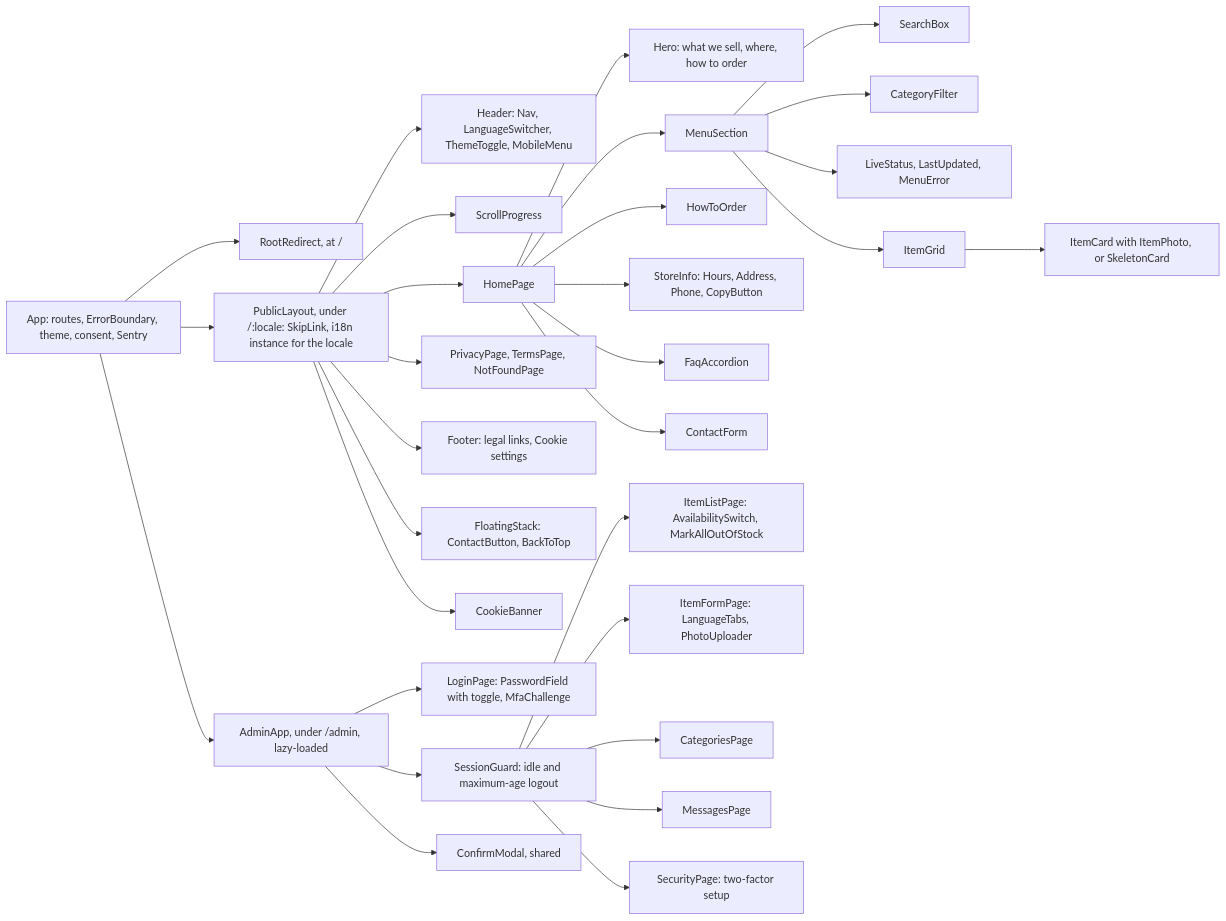
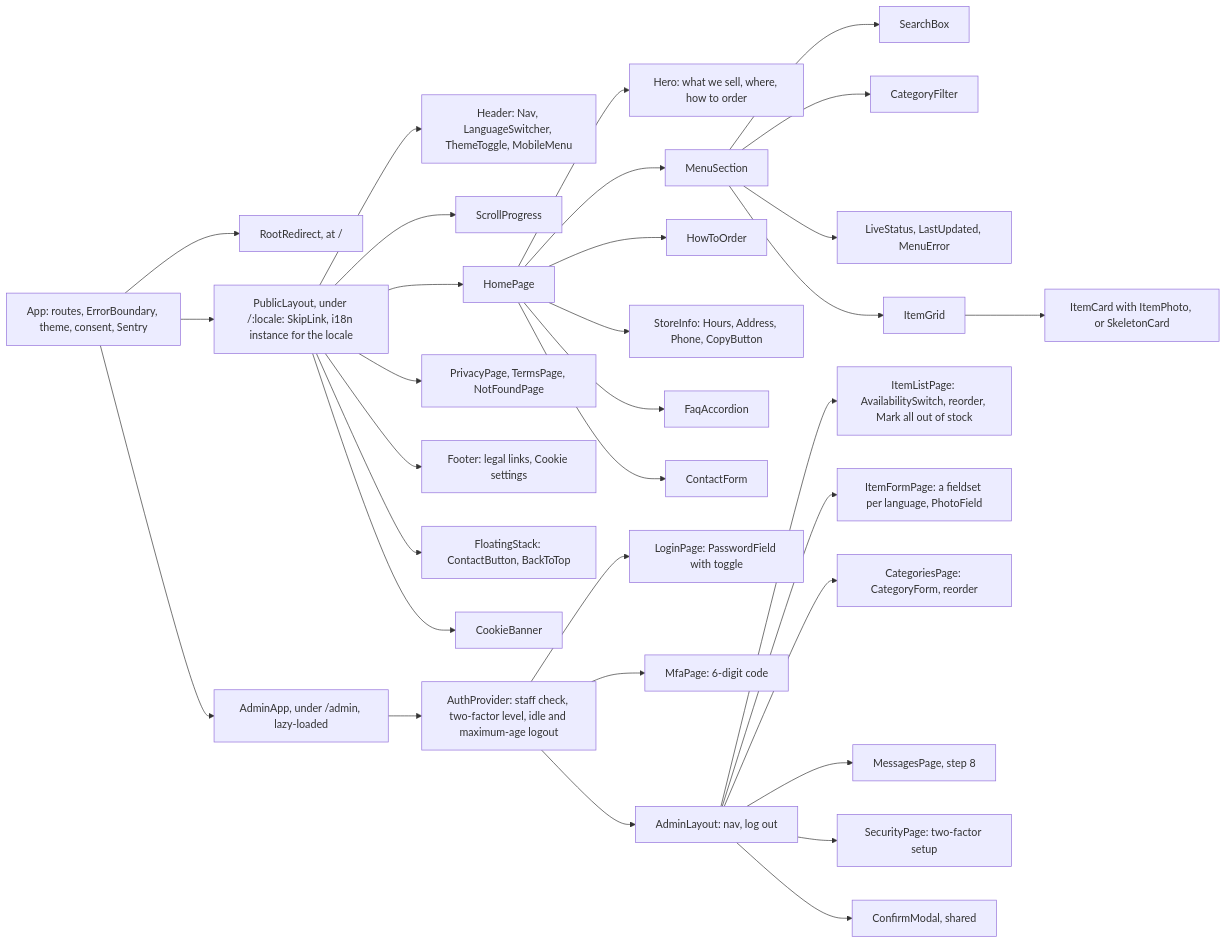
One commit to thatguyKire/seoul-mate-minimart changed the first of 8 diagrams in docs/SDD.md. Above: the diagram before and after it, drawn with Mermaid. The commit also changed other lines of this file and 57 other files, not shown here.

First line of the commit message:
feat(admin): add the staff panel for items, stock, photos and categories (step 6) (#7)

````diff
--- a/docs/SDD.md
+++ b/docs/SDD.md
@@ -45,32 +45,34 @@
 ```mermaid
 flowchart LR
   App["App: routes, ErrorBoundary, theme, consent, Sentry"] --> Root["RootRedirect, at /"]
   App --> Public["PublicLayout, under /:locale: SkipLink, i18n instance for the locale"]
   App --> AdminApp["AdminApp, under /admin, lazy-loaded"]
   Public --> Header["Header: Nav, LanguageSwitcher, ThemeToggle, MobileMenu"]
   Public --> Progress["ScrollProgress"]
   Public --> Home["HomePage"]
   Public --> Legal["PrivacyPage, TermsPage, NotFoundPage"]
   Public --> Footer["Footer: legal links, Cookie settings"]
   Public --> Floating["FloatingStack: ContactButton, BackToTop"]
   Public --> Banner["CookieBanner"]
   Home --> Hero["Hero: what we sell, where, how to order"]
   Home --> MenuSection["MenuSection"]
   MenuSection --> Search["SearchBox"]
   MenuSection --> Filter["CategoryFilter"]
   MenuSection --> Live["LiveStatus, LastUpdated, MenuError"]
   MenuSection --> Grid["ItemGrid"]
   Grid --> Card["ItemCard with ItemPhoto, or SkeletonCard"]
   Home --> HowTo["HowToOrder"]
   Home --> Info["StoreInfo: Hours, Address, Phone, CopyButton"]
   Home --> Faq["FaqAccordion"]
   Home --> Contact["ContactForm"]
-  AdminApp --> Login["LoginPage: PasswordField with toggle, MfaChallenge"]
-  AdminApp --> Guard["SessionGuard: idle and maximum-age logout"]
-  Guard --> Items["ItemListPage: AvailabilitySwitch, MarkAllOutOfStock"]
-  Guard --> ItemForm["ItemFormPage: LanguageTabs, PhotoUploader"]
-  Guard --> Cats["CategoriesPage"]
-  Guard --> Msgs["MessagesPage"]
-  Guard --> Sec["SecurityPage: two-factor setup"]
-  AdminApp --> Modal["ConfirmModal, shared"]
+  AdminApp --> Guard["AuthProvider: staff check, two-factor level, idle and maximum-age logout"]
+  Guard --> Login["LoginPage: PasswordField with toggle"]
+  Guard --> Mfa["MfaPage: 6-digit code"]
+  Guard --> Layout["AdminLayout: nav, log out"]
+  Layout --> Items["ItemListPage: AvailabilitySwitch, reorder, Mark all out of stock"]
+  Layout --> ItemForm["ItemFormPage: a fieldset per language, PhotoField"]
+  Layout --> Cats["CategoriesPage: CategoryForm, reorder"]
+  Layout --> Msgs["MessagesPage, step 8"]
+  Layout --> Sec["SecurityPage: two-factor setup"]
+  Layout --> Modal["ConfirmModal, shared"]
 ```
````
